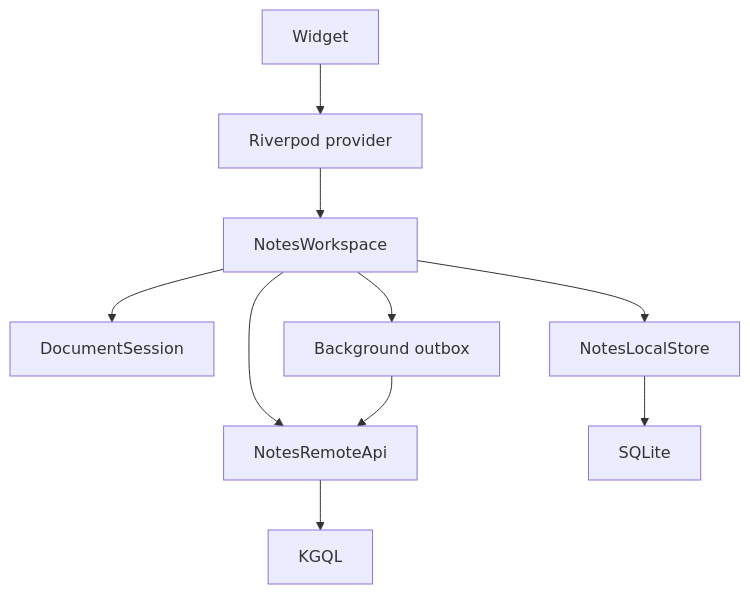
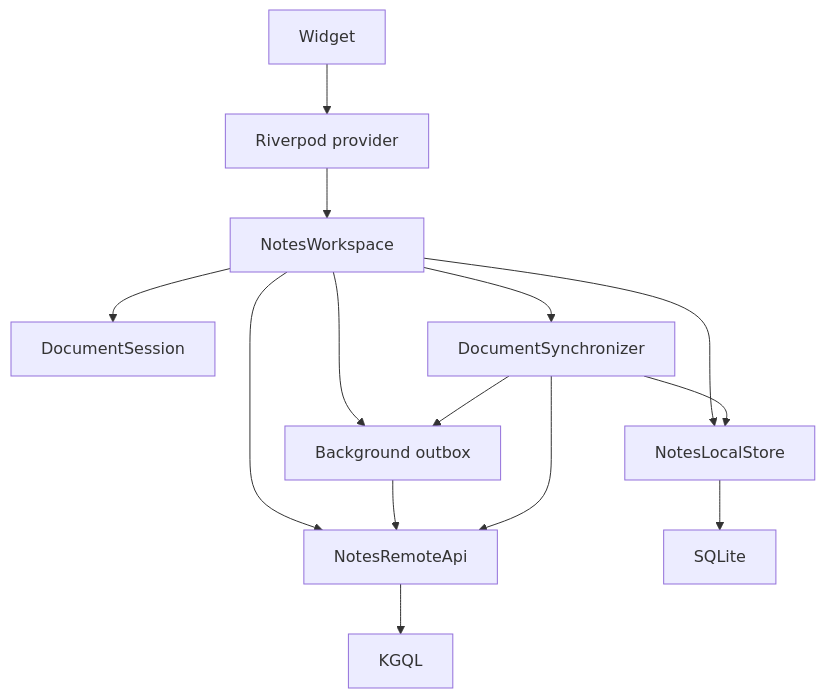
Before and after one commit to nathikazad/nexus-app: the diagram in nx_notes/docs/refactor.md, drawn with Mermaid. The commit also changed other lines of this file and 49 other files, not shown here.

````diff
--- a/nx_notes/docs/refactor.md
+++ b/nx_notes/docs/refactor.md
@@ -91,12 +101,16 @@
 ```mermaid
 flowchart TD
     Widget["Widget"] --> Provider["Riverpod provider"]
     Provider --> Workspace["NotesWorkspace"]
     Workspace --> Session["DocumentSession"]
+    Workspace --> Sync["DocumentSynchronizer"]
     Workspace --> Local["NotesLocalStore"]
     Workspace --> Remote["NotesRemoteApi"]
     Workspace --> Outbox["Background outbox"]
     Local --> SQLite["SQLite"]
     Remote --> KGQL["KGQL"]
     Outbox --> Remote
+    Sync --> Outbox
+    Sync --> Local
+    Sync --> Remote
 ```
````
